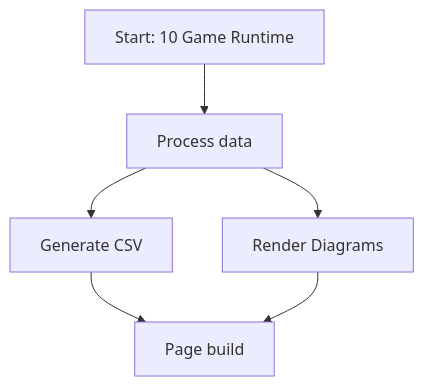
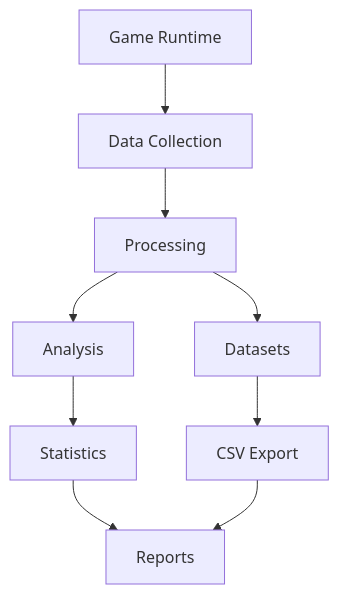
One commit to lukaszj321/otcv8-dev changed the diagram in docs/authoring/10_game_runtime/diagrams/flow.mmd. Above: the diagram before and after it, drawn with Mermaid. The commit also changed other lines of this file and 1329 other files, not shown here.

```diff
--- a/docs/authoring/10_game_runtime/diagrams/flow.mmd
+++ b/docs/authoring/10_game_runtime/diagrams/flow.mmd
@@ -1,8 +1,9 @@
-flowchart TD
-    A[Start: 10 Game Runtime] --> B[Process data]
-    B --> C[Generate CSV]
-    B --> D[Render Diagrams]
-    C --> E[Page build]
-    D --> E
-    click B "../10_game_runtime/index.html" "Open 10 Game Runtime"
-    click E "../index.html" "Back to Authoring"
+graph TD
+    A[Game Runtime] --> B[Data Collection]
+    B --> C[Processing]
+    C --> D[Datasets]
+    C --> E[Analysis]
+    D --> F[CSV Export]
+    E --> G[Statistics]
+    G --> H[Reports]
+    F --> H
```
